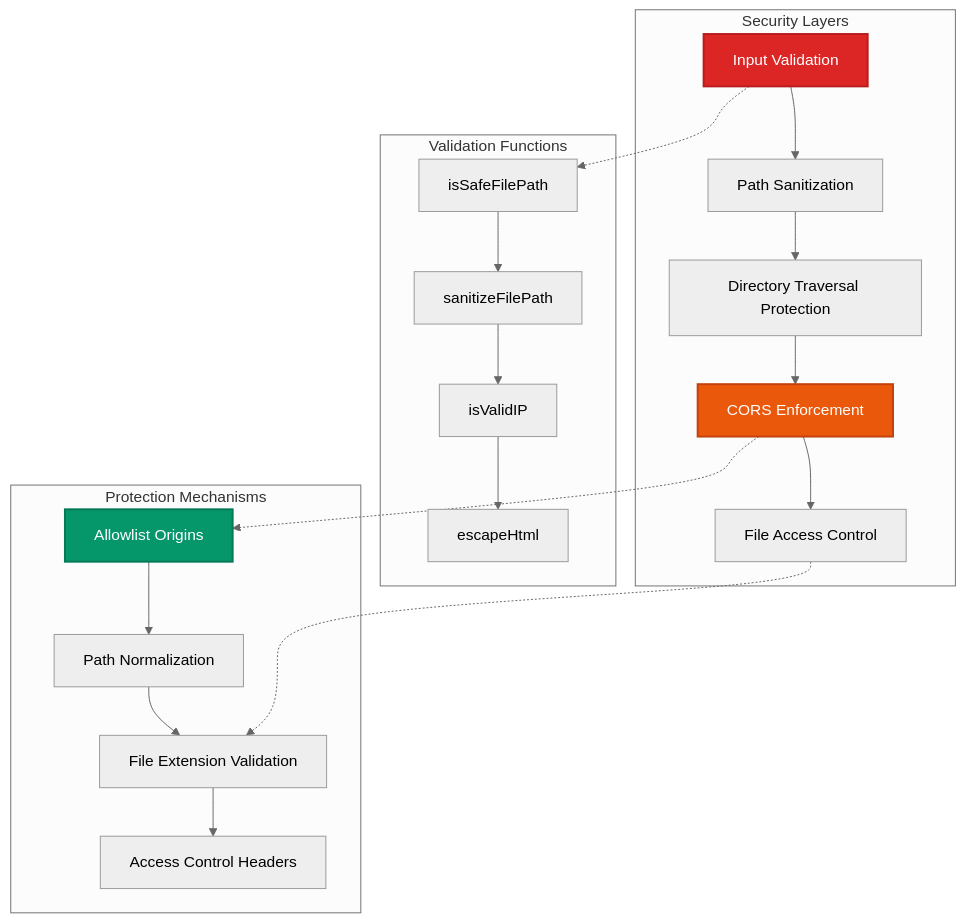
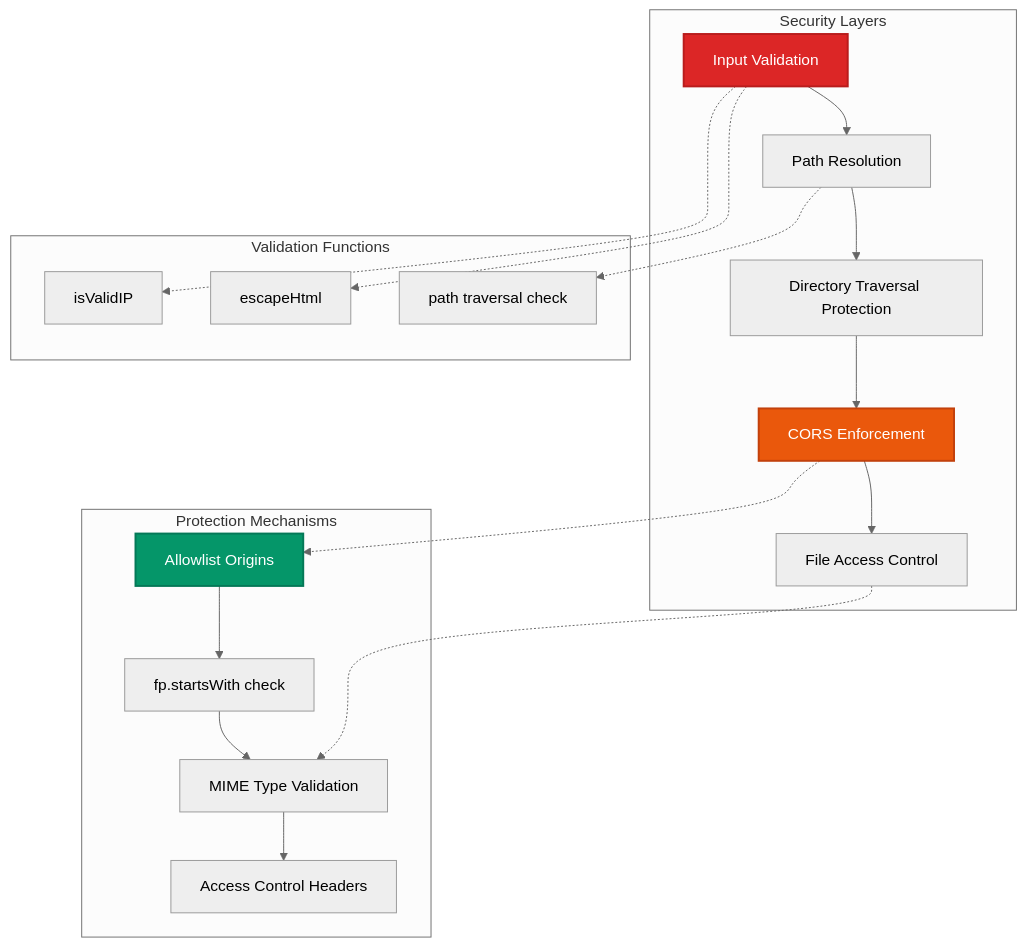
The fourth of 9 diagrams in docs/TECHNICAL_DOCUMENTATION.md (avoidwork/woodland), drawn with Mermaid (neutral theme) before and after one commit. The commit also changed other lines of this file and 3 other files, not shown here.

````diff
--- a/docs/TECHNICAL_DOCUMENTATION.md
+++ b/docs/TECHNICAL_DOCUMENTATION.md
@@ -209,29 +209,31 @@
 ```mermaid
 graph TB
     subgraph "Security Layers"
-        A[Input Validation] --> B[Path Sanitization]
+        A[Input Validation] --> B[Path Resolution]
         B --> C[Directory Traversal Protection]
         C --> D[CORS Enforcement]
         D --> E[File Access Control]
     end
     
     subgraph "Validation Functions"
-        F[isSafeFilePath] --> G[sanitizeFilePath]
-        G --> H[isValidIP]
-        H --> I[escapeHtml]
+        F[isValidIP]
+        G[escapeHtml]
+        H[path traversal check]
     end
     
     subgraph "Protection Mechanisms"
-        J[Allowlist Origins] --> K[Path Normalization]
-        K --> L[File Extension Validation]
-        L --> M[Access Control Headers]
+        I[Allowlist Origins] --> J[fp.startsWith check]
+        J --> K[MIME Type Validation]
+        K --> L[Access Control Headers]
     end
     
     A -.-> F
-    D -.-> J
-    E -.-> L
+    A -.-> G
+    B -.-> H
+    D -.-> I
+    E -.-> K
     
     style A fill:#dc2626,stroke:#b91c1c,stroke-width:2px,color:#ffffff
     style D fill:#ea580c,stroke:#c2410c,stroke-width:2px,color:#ffffff
-    style J fill:#059669,stroke:#047857,stroke-width:2px,color:#ffffff
+    style I fill:#059669,stroke:#047857,stroke-width:2px,color:#ffffff
 ```
````
